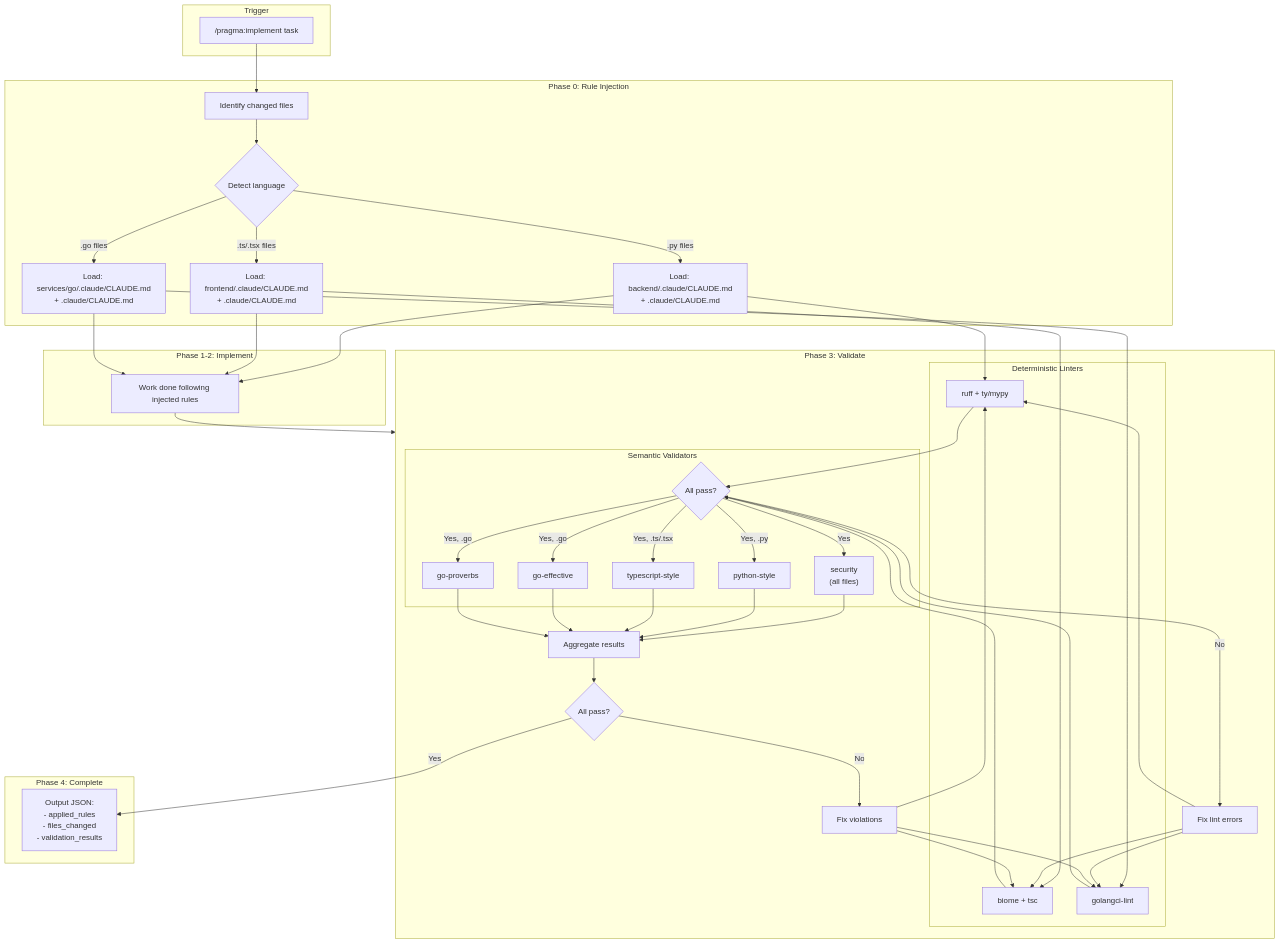
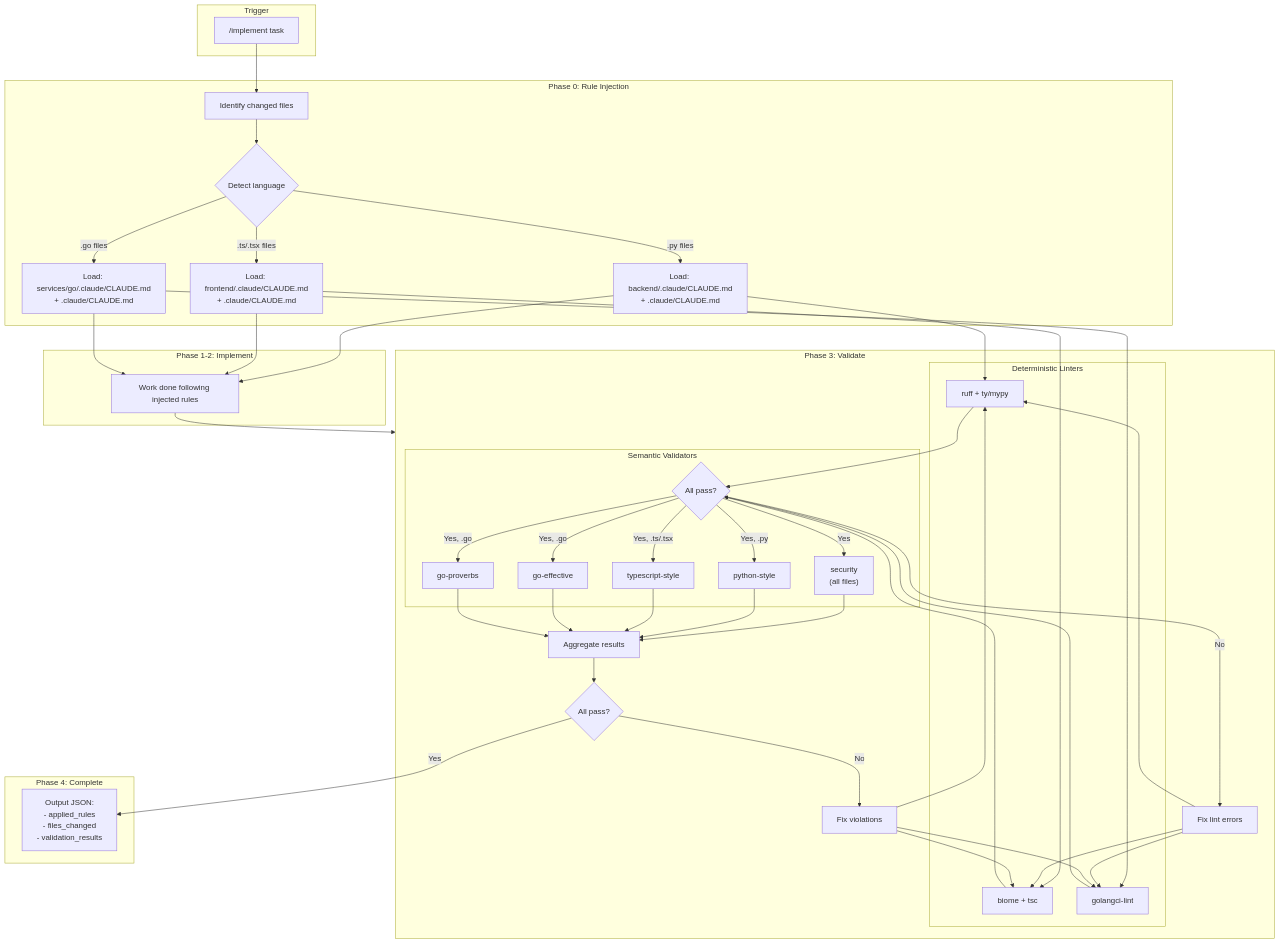
The second of 9 diagrams in ARCHITECTURE.md (peteski22/claude-pragma), drawn with Mermaid before and after one commit. The commit also changed other lines of this file and 12 other files, not shown here.

````diff
--- a/ARCHITECTURE.md
+++ b/ARCHITECTURE.md
@@ -202,53 +202,53 @@
 ```mermaid
 flowchart TB
     subgraph Trigger["Trigger"]
-        Start["/pragma:implement task"]
+        Start["/implement task"]
     end
 
     subgraph Phase0["Phase 0: Rule Injection"]
         P0[Identify changed files]
         P0 --> DetectLang{Detect language}
 
         DetectLang -->|.py files| PyRules["Load: backend/.claude/CLAUDE.md<br/>+ .claude/CLAUDE.md"]
         DetectLang -->|.ts/.tsx files| TSRules["Load: frontend/.claude/CLAUDE.md<br/>+ .claude/CLAUDE.md"]
         DetectLang -->|.go files| GoRules["Load: services/go/.claude/CLAUDE.md<br/>+ .claude/CLAUDE.md"]
     end
 
     subgraph Phase12["Phase 1-2: Implement"]
         Impl[Work done following injected rules]
     end
 
     subgraph Phase3["Phase 3: Validate"]
         subgraph DetChecks["Deterministic Linters"]
             PyRules --> PyLint["ruff + ty/mypy"]
             TSRules --> TSLint["biome + tsc"]
             GoRules --> GoLint["golangci-lint"]
         end
 
         PyLint & TSLint & GoLint --> LintPass{All pass?}
         LintPass -->|No| FixLint[Fix lint errors]
         FixLint --> PyLint & TSLint & GoLint
 
         subgraph SemVal["Semantic Validators"]
             LintPass -->|Yes| SecVal["security<br/>(all files)"]
 
             LintPass -->|Yes, .py| PyStyle["python-style"]
             LintPass -->|Yes, .ts/.tsx| TSStyle["typescript-style"]
             LintPass -->|Yes, .go| GoEff["go-effective"]
             LintPass -->|Yes, .go| GoProv["go-proverbs"]
         end
 
         SecVal & PyStyle & TSStyle & GoEff & GoProv --> Agg[Aggregate results]
         Agg --> ValPass{All pass?}
         ValPass -->|No| FixViol[Fix violations]
         FixViol --> PyLint & TSLint & GoLint
     end
 
     subgraph Phase4["Phase 4: Complete"]
         ValPass -->|Yes| Output["Output JSON:<br/>- applied_rules<br/>- files_changed<br/>- validation_results"]
     end
 
     Start --> P0
     PyRules & TSRules & GoRules --> Impl
     Impl --> Phase3
 ```
````
